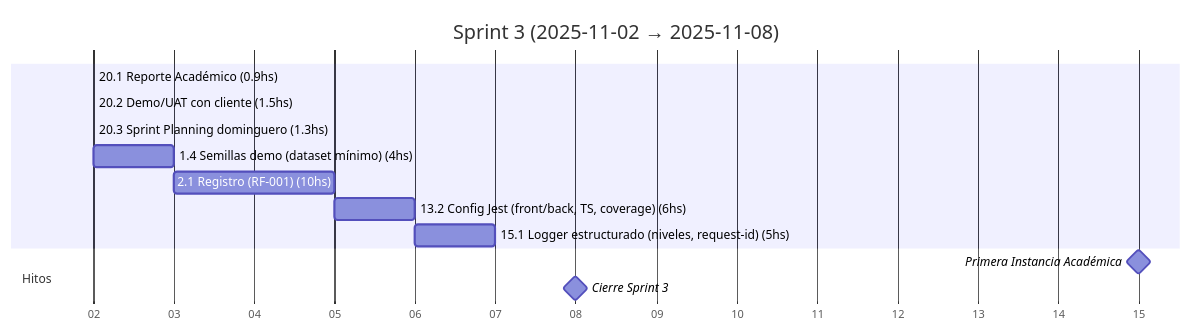
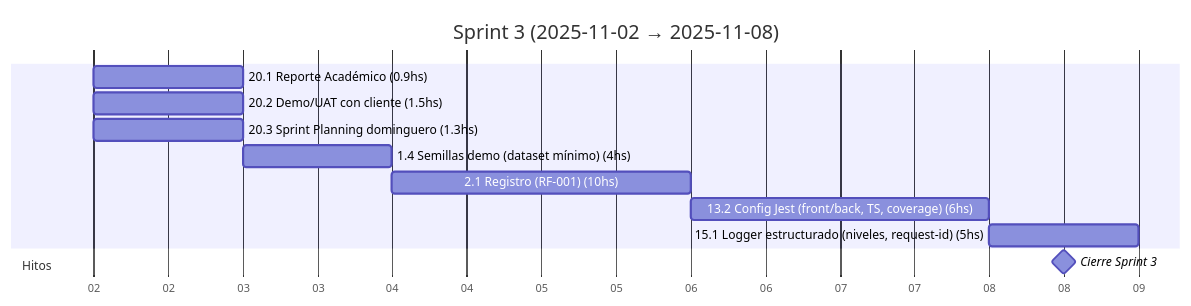
Before and after one commit to MarkMed/FleetMan: the fourth of 18 diagrams in docs/SprintsGantts.md, drawn with Mermaid. The commit also changed other lines of this file, not shown here.

````diff
--- a/docs/SprintsGantts.md
+++ b/docs/SprintsGantts.md
@@ -102,20 +102,19 @@
 ```mermaid
 gantt
   title Sprint 3 (2025-11-02 → 2025-11-08)
   dateFormat  YYYY-MM-DD
   axisFormat  %d
 
   %% Asumimos 5 h/día. Horas estimadas incluidas en el nombre.
 
-  20.1 Reporte Académico (0.9hs)               :t201, 2025-11-02, 0.2d
-  20.2 Demo/UAT con cliente (1.5hs)            :t202, after t201, 0.3d
-  20.3 Sprint Planning dominguero (1.3hs)      :t203, after t202, 0.3d
-  1.4 Semillas demo (dataset mínimo) (4hs)     :t14, after t203, 0.8d
+  20.1 Reporte Académico (0.9hs)               :t201, 2025-11-02, 1d
+  20.2 Demo/UAT con cliente (1.5hs)            :t202, 2025-11-02, 1d
+  20.3 Sprint Planning dominguero (1.3hs)      :t203, 2025-11-02, 1d
+  1.4 Semillas demo (dataset mínimo) (4hs)     :t14, after t203, 1d
   2.1 Registro (RF-001) (10hs)                 :t21, after t14, 2d
-  13.2 Config Jest (front/back, TS, coverage) (6hs) :t132, after t21, 1.2d
+  13.2 Config Jest (front/back, TS, coverage) (6hs) :t132, after t21, 2d
   15.1 Logger estructurado (niveles, request-id) (5hs) :t151, after t132, 1d
 
   section Hitos
-  Primera Instancia Académica                   :milestone, acad1, 2025-11-15, 0d
-  Cierre Sprint 3                              :milestone, s3, 2025-11-08, 0d
+  Cierre Sprint 3                              :milestone, s3, 2025-11-08, 1d
 ```
````
